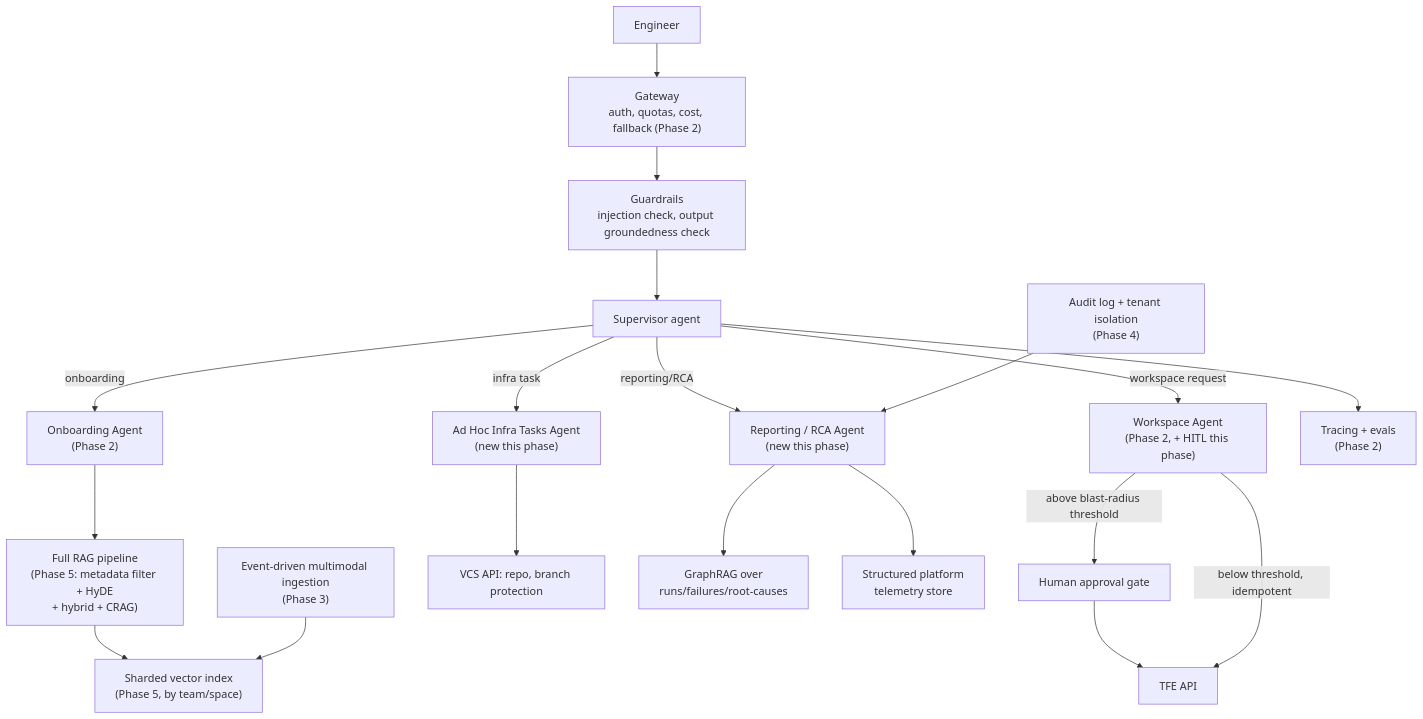
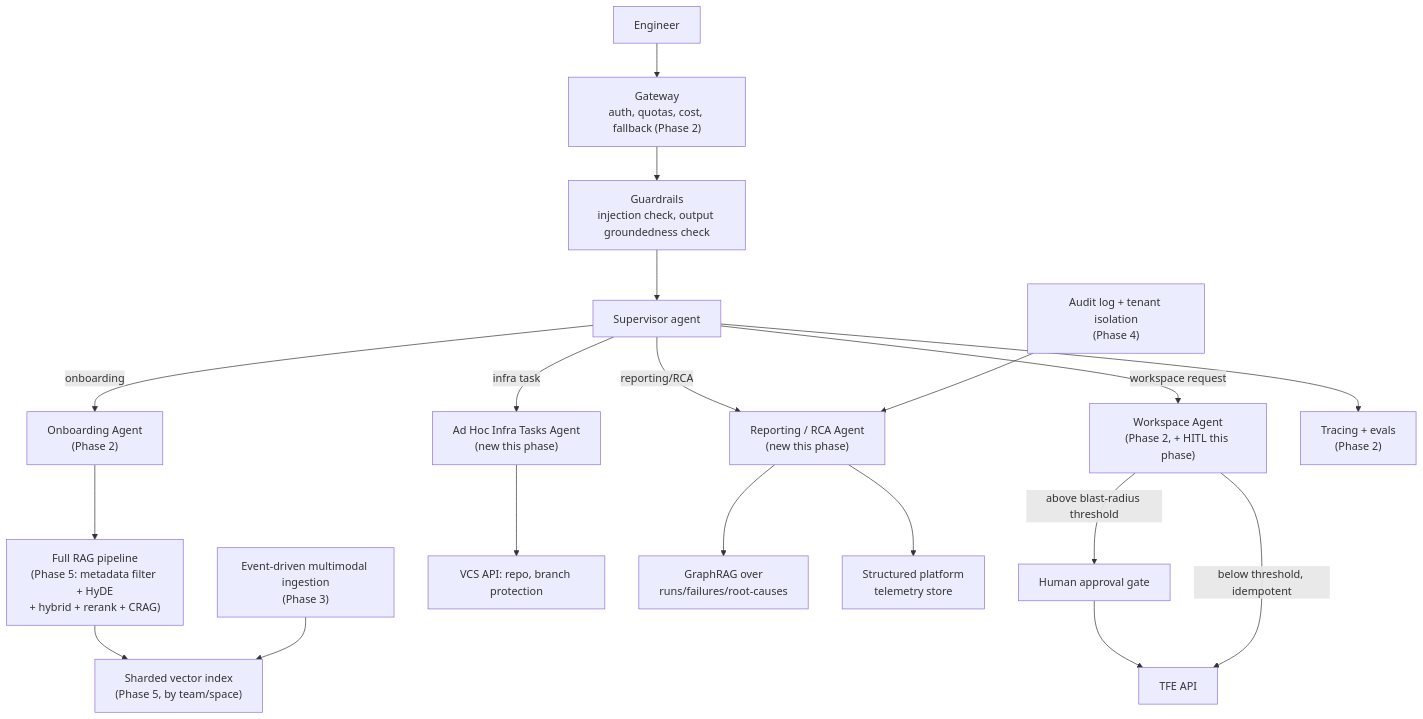
One commit to BiswajeetRaut/genai_notes changed the second of 2 diagrams in part-4-capstone-build-tfe-agent/06-final-architecture-the-tfe-agent/README.md. Above: the diagram before and after it, drawn with Mermaid. The commit also changed 6 other files, not shown here.

````diff
--- a/part-4-capstone-build-tfe-agent/06-final-architecture-the-tfe-agent/README.md
+++ b/part-4-capstone-build-tfe-agent/06-final-architecture-the-tfe-agent/README.md
@@ -105,27 +105,27 @@
 ```mermaid
 flowchart TD
     User[Engineer] --> GW["Gateway\nauth, quotas, cost, fallback (Phase 2)"]
     GW --> Guard["Guardrails\ninjection check, output groundedness check"]
     Guard --> Sup[Supervisor agent]
 
     Sup -->|onboarding| OnA["Onboarding Agent\n(Phase 2)"]
     Sup -->|workspace request| WsA["Workspace Agent\n(Phase 2, + HITL this phase)"]
     Sup -->|infra task| TaskA["Ad Hoc Infra Tasks Agent\n(new this phase)"]
     Sup -->|reporting/RCA| RptA["Reporting / RCA Agent\n(new this phase)"]
 
-    OnA --> RAGPipe["Full RAG pipeline\n(Phase 5: metadata filter + HyDE\n+ hybrid + CRAG)"]
+    OnA --> RAGPipe["Full RAG pipeline\n(Phase 5: metadata filter + HyDE\n+ hybrid + rerank + CRAG)"]
     RAGPipe --> VDB["Sharded vector index\n(Phase 5, by team/space)"]
 
     WsA -->|above blast-radius threshold| HITL[Human approval gate]
     HITL --> TFEApi[TFE API]
     WsA -->|below threshold, idempotent| TFEApi
 
     TaskA --> VCSApi[VCS API: repo, branch protection]
 
     RptA --> Graph["GraphRAG over\nruns/failures/root-causes"]
     RptA --> Telemetry["Structured platform\ntelemetry store"]
 
     Ingest["Event-driven multimodal ingestion\n(Phase 3)"] --> VDB
     AuditDB["Audit log + tenant isolation\n(Phase 4)"] --> RptA
     Sup --> Obs["Tracing + evals\n(Phase 2)"]
 ```
````
